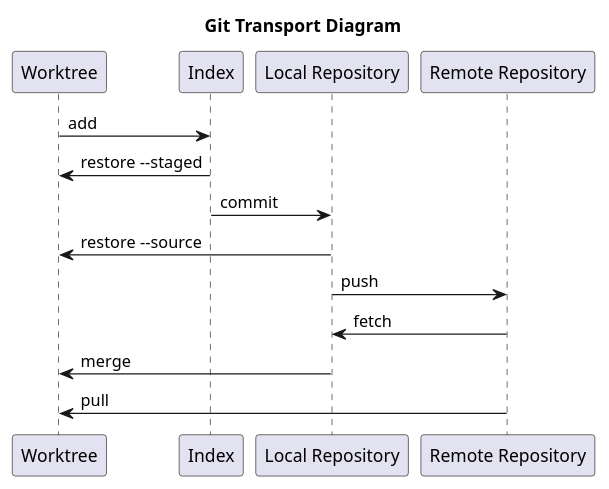
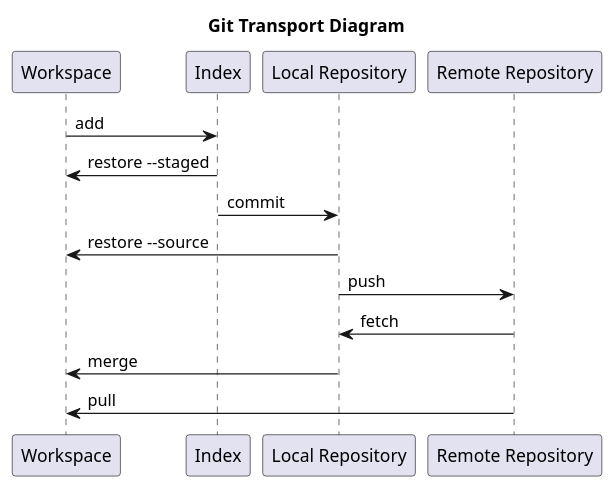
The diagram in assets/git_transport_diagram.puml (braboj/tutorial-git), drawn with PlantUML before and after one commit. The commit also changed 3 other files, not shown here.

```diff
--- a/assets/git_transport_diagram.puml
+++ b/assets/git_transport_diagram.puml
@@ -1,18 +1,18 @@
 @startuml
 title "Git Transport Diagram"
 
-participant Worktree
+participant Workspace
 participant Index
 participant "Local Repository" as Local
 participant "Remote Repository" as Remote
 
-Worktree -> Index   : add
-Index -> Worktree   : restore --staged
+Workspace -> Index  : add
+Index -> Workspace  : restore --staged
 Index -> Local      : commit
-Local -> Worktree   : restore --source
+Local -> Workspace  : restore --source
 Local -> Remote     : push
 Remote -> Local     : fetch
-Local -> Worktree   : merge
-Remote -> Worktree  : pull
+Local -> Workspace  : merge
+Remote -> Workspace : pull
 
 @enduml
```
